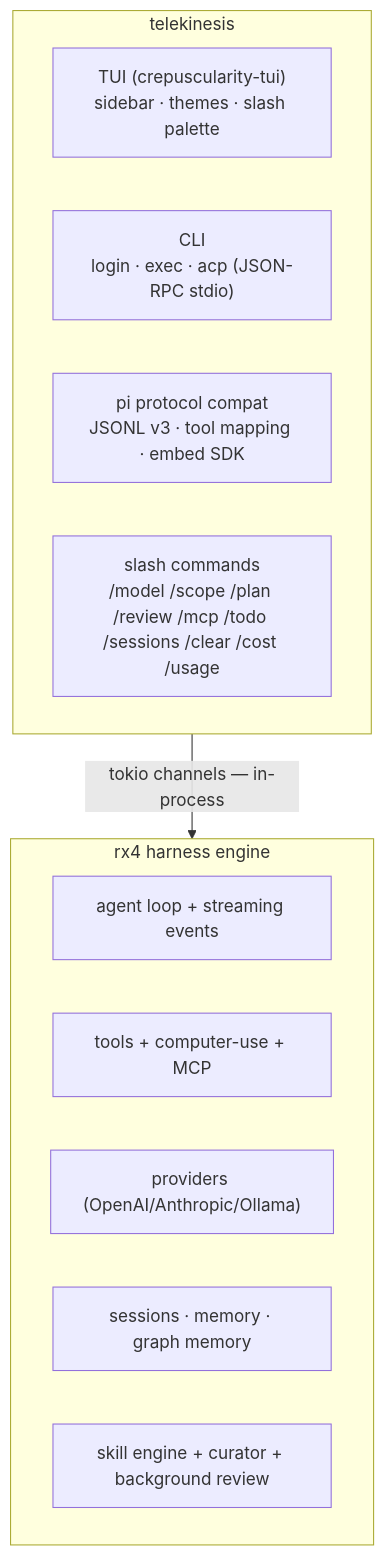
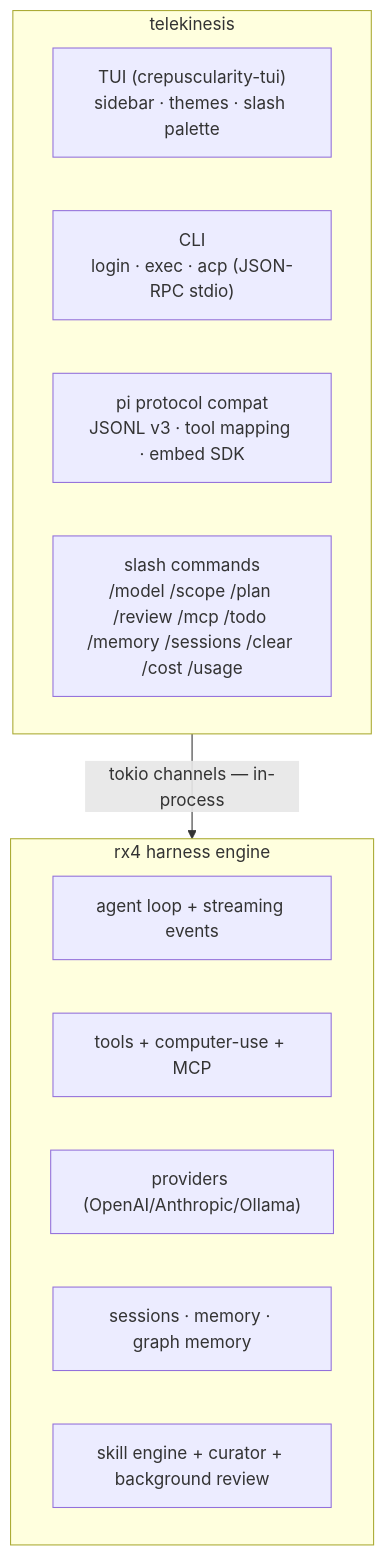
The first of 3 diagrams in AGENTS.md (tschk/telekinesis), drawn with Mermaid before and after one commit. The commit also changed other lines of this file and 6 other files, not shown here.

First line of the commit message:
feat(tui): add /todo and /memory with MEMORY.md one-pager

````diff
--- a/AGENTS.md
+++ b/AGENTS.md
@@ -17,17 +17,17 @@
 ```mermaid
 flowchart TD
   subgraph TK["telekinesis"]
     TUI["TUI (crepuscularity-tui)<br/>sidebar · themes · slash palette"]
     CLI["CLI<br/>login · exec · acp (JSON-RPC stdio)"]
     Pi["pi protocol compat<br/>JSONL v3 · tool mapping · embed SDK"]
-    Slash["slash commands<br/>/model /scope /plan /review /mcp /todo /sessions /clear /cost /usage"]
+    Slash["slash commands<br/>/model /scope /plan /review /mcp /todo /memory /sessions /clear /cost /usage"]
   end
   TK -->|"tokio channels — in-process"| RX4
   subgraph RX4["rx4 harness engine"]
     Loop["agent loop + streaming events"]
     Tools["tools + computer-use + MCP"]
     Prov["providers (OpenAI/Anthropic/Ollama)"]
     Sess["sessions · memory · graph memory"]
     Skills["skill engine + curator + background review"]
   end
 ```
````
